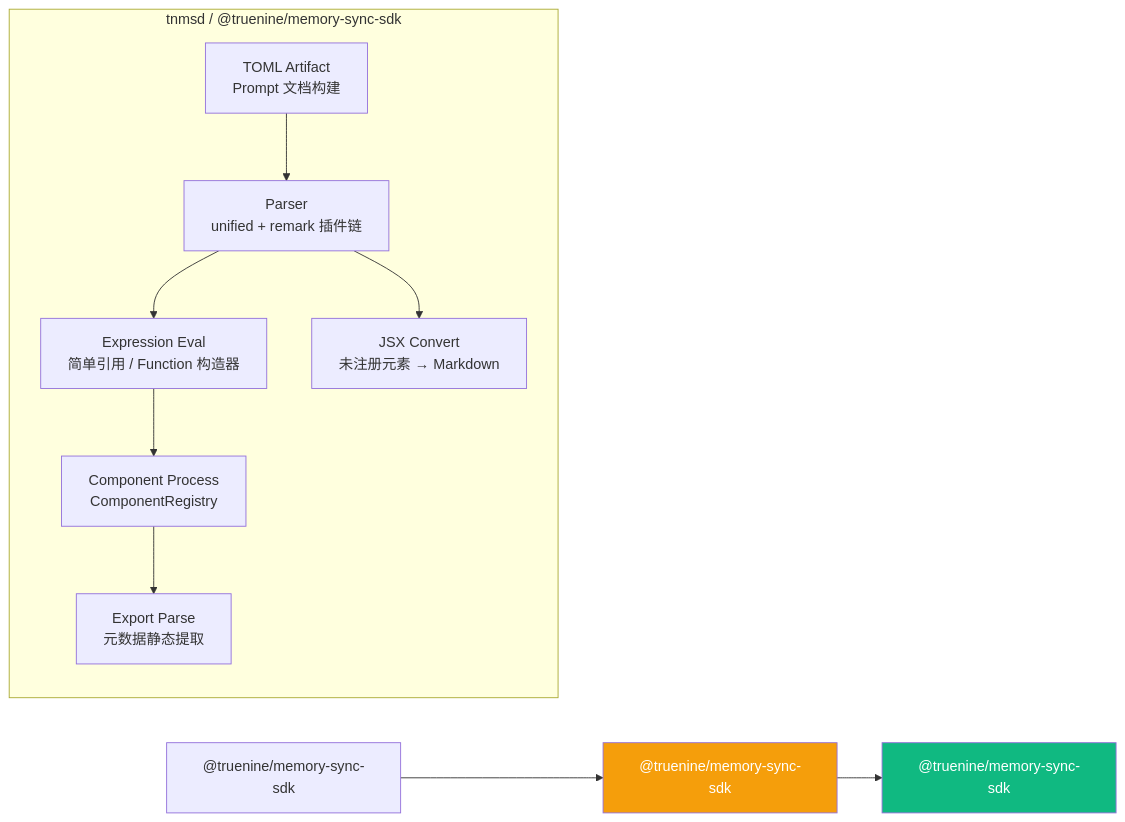
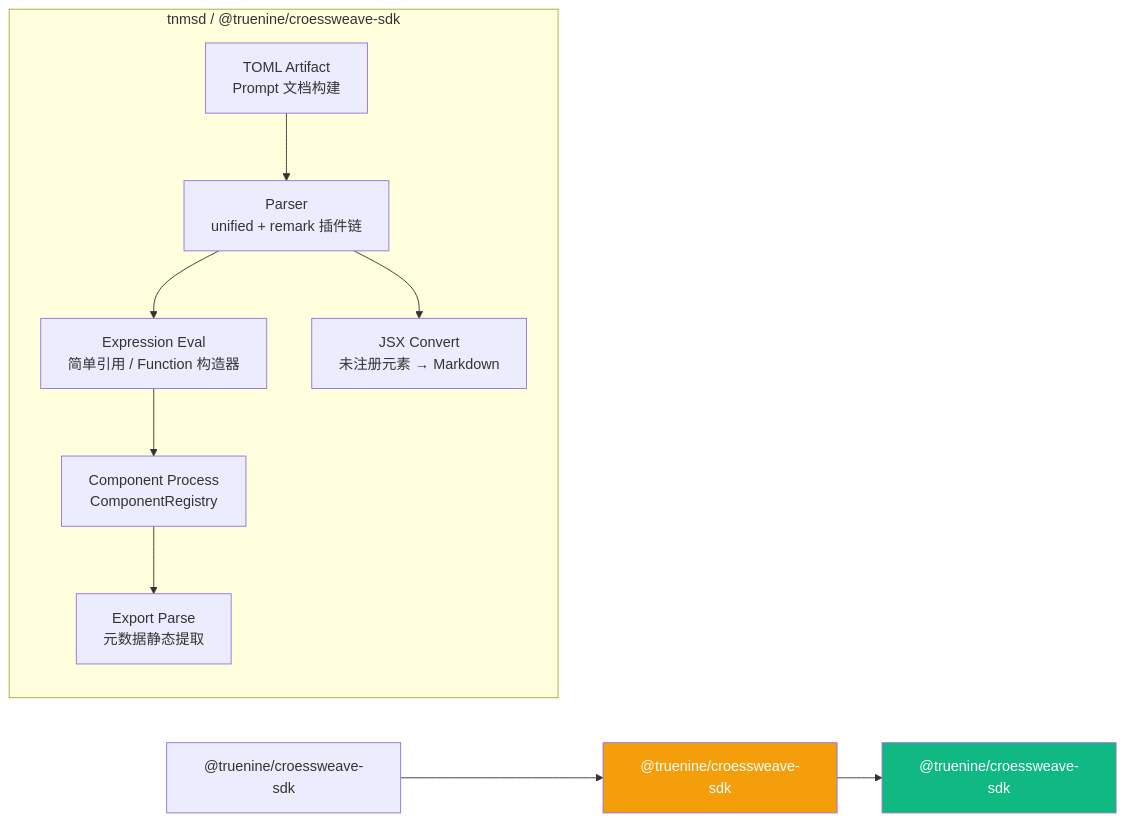
Before and after one commit to TrueNine/memory-sync: the third of 6 diagrams in doc/content/sdk/architecture.mdx, drawn with Mermaid. The commit also changed other lines of this file and 95 other files, not shown here.

First line of the commit message:
refactor: rename memory-sync to croessweave across the codebase

````diff
--- a/doc/content/sdk/architecture.mdx
+++ b/doc/content/sdk/architecture.mdx
@@ -157,24 +157,24 @@
 ```mermaid
 graph LR
-    SDK["@truenine/memory-sync-sdk"] --> MDC["@truenine/memory-sync-sdk"]
-    MDC --> LOGGER["@truenine/memory-sync-sdk"]
+    SDK["@truenine/croessweave-sdk"] --> MDC["@truenine/croessweave-sdk"]
+    MDC --> LOGGER["@truenine/croessweave-sdk"]
 
-    subgraph MDXCompiler["tnmsd / @truenine/memory-sync-sdk"]
+    subgraph MDXCompiler["tnmsd / @truenine/croessweave-sdk"]
         direction TB
         MC_PARSER["Parser<br/>unified + remark 插件链"]
         MC_EXPR["Expression Eval<br/>简单引用 / Function 构造器"]
         MC_COMP["Component Process<br/>ComponentRegistry"]
         MC_EXPORT["Export Parse<br/>元数据静态提取"]
         MC_JSX["JSX Convert<br/>未注册元素 → Markdown"]
         MC_TOML["TOML Artifact<br/>Prompt 文档构建"]
     end
 
     MC_PARSER --> MC_EXPR
     MC_EXPR --> MC_COMP
     MC_COMP --> MC_EXPORT
     MC_PARSER --> MC_JSX
     MC_TOML --> MC_PARSER
 
     style MDC fill:#f59e0b,color:#fff
     style LOGGER fill:#10b981,color:#fff
 ```
````
